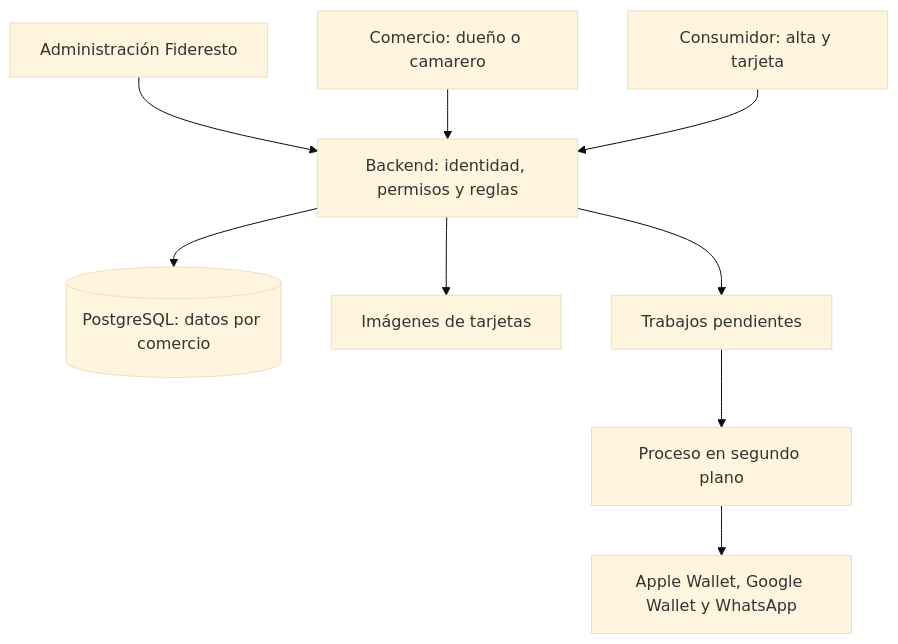
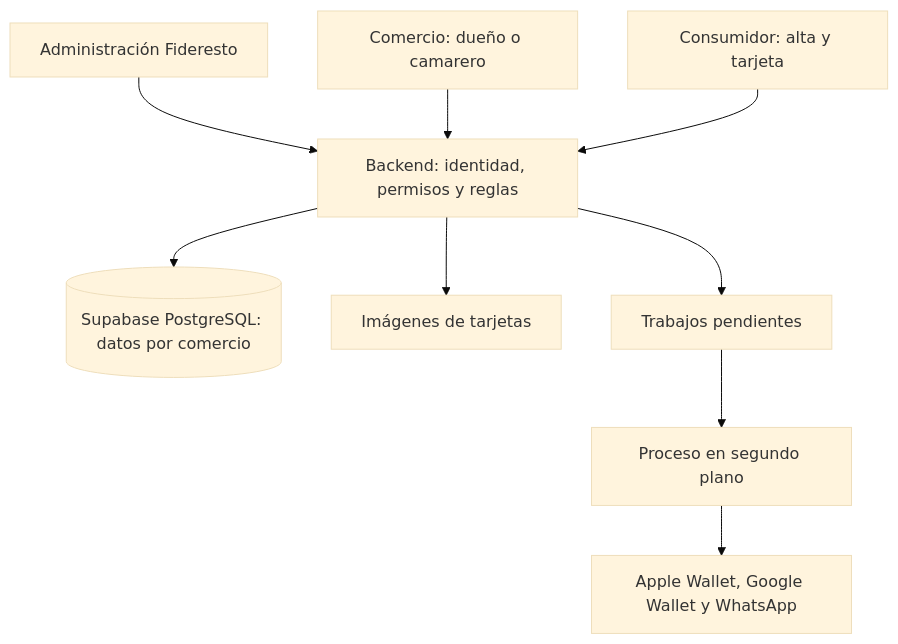
One commit to VictorvilchezDev/fideresto changed the diagram in Cerebro/02 Arquitectura/Arquitectura y entornos.md. Above: the diagram before and after it, drawn with Mermaid (base theme). The commit also changed other lines of this file and 49 other files, not shown here.

````diff
--- a/Cerebro/02 Arquitectura/Arquitectura y entornos.md
+++ b/Cerebro/02 Arquitectura/Arquitectura y entornos.md
@@ -22,11 +22,11 @@
 ```mermaid
 flowchart TD
     A[Administración Fideresto] --> S[Backend: identidad, permisos y reglas]
     B[Comercio: dueño o camarero] --> S
     C[Consumidor: alta y tarjeta] --> S
-    S --> D[(PostgreSQL: datos por comercio)]
+    S --> D[(Supabase PostgreSQL: datos por comercio)]
     S --> I[Imágenes de tarjetas]
     S --> Q[Trabajos pendientes]
     Q --> W[Proceso en segundo plano]
     W --> P[Apple Wallet, Google Wallet y WhatsApp]
 ```
````
